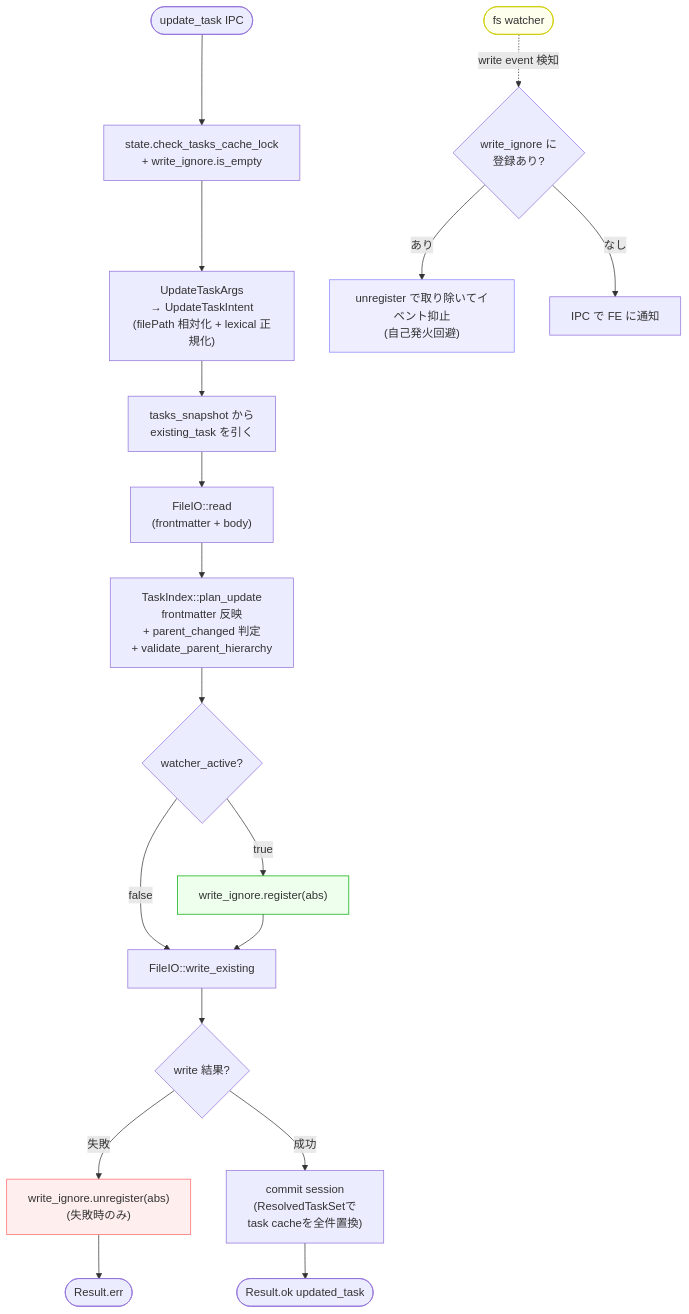
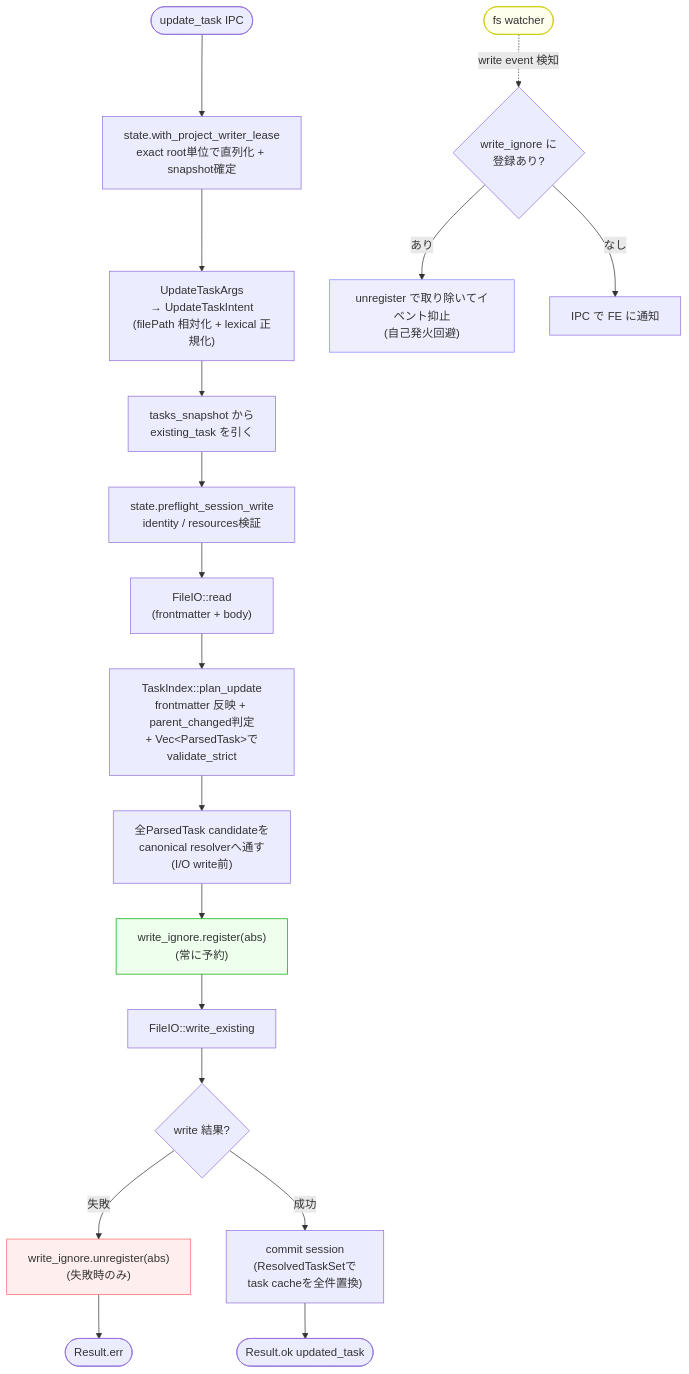
One commit to DIO0550/spec-board changed the fourth of 4 diagrams in docs/impl/dnd-current-state.md. Above: the diagram before and after it, drawn with Mermaid. The commit also changed other lines of this file and 5 other files, not shown here.

````diff
--- a/docs/impl/dnd-current-state.md
+++ b/docs/impl/dnd-current-state.md
@@ -246,26 +247,26 @@
 ```mermaid
 flowchart TD
-    IN([update_task IPC]) --> CHK["state.check_tasks_cache_lock<br/>+ write_ignore.is_empty"]
-    CHK --> ARG["UpdateTaskArgs<br/>→ UpdateTaskIntent<br/>(filePath 相対化 + lexical 正規化)"]
+    IN([update_task IPC]) --> LEASE["state.with_project_writer_lease<br/>exact root単位で直列化 + snapshot確定"]
+    LEASE --> ARG["UpdateTaskArgs<br/>→ UpdateTaskIntent<br/>(filePath 相対化 + lexical 正規化)"]
     ARG --> SNAP["tasks_snapshot から<br/>existing_task を引く"]
-    SNAP --> READ["FileIO::read<br/>(frontmatter + body)"]
-    READ --> PU["TaskIndex::plan_update<br/>frontmatter 反映<br/>+ parent_changed 判定<br/>+ validate_parent_hierarchy"]
-    PU --> WA{"watcher_active?"}
-    WA -->|true| REG["write_ignore.register(abs)"]
-    WA -->|false| WRITE
+    SNAP --> PREFLIGHT["state.preflight_session_write<br/>identity / resources検証"]
+    PREFLIGHT --> READ["FileIO::read<br/>(frontmatter + body)"]
+    READ --> PU["TaskIndex::plan_update<br/>frontmatter 反映 + parent_changed判定<br/>+ Vec&lt;ParsedTask&gt;でvalidate_strict"]
+    PU --> RESOLVE["全ParsedTask candidateを<br/>canonical resolverへ通す<br/>(I/O write前)"]
+    RESOLVE --> REG["write_ignore.register(abs)<br/>(常に予約)"]
     REG --> WRITE["FileIO::write_existing"]
     WRITE --> WR{"write 結果?"}
     WR -->|失敗| UNREG["write_ignore.unregister(abs)<br/>(失敗時のみ)"]
     UNREG --> ERR([Result.err])
     WR -->|成功| CC["commit session<br/>(ResolvedTaskSetで<br/>task cacheを全件置換)"]
     CC --> OK([Result.ok updated_task])
 
     WATCHER([fs watcher]) -.write event 検知.-> CONSUME{"write_ignore に<br/>登録あり?"}
     CONSUME -->|あり| SKIP["unregister で取り除いてイベント抑止<br/>(自己発火回避)"]
     CONSUME -->|なし| EMIT["IPC で FE に通知"]
 
     style REG fill:#efe,stroke:#0a0
     style UNREG fill:#fee,stroke:#f66
     style SKIP fill:#eef,stroke:#88f
     style WATCHER fill:#ffe,stroke:#cc0
 ```
````
